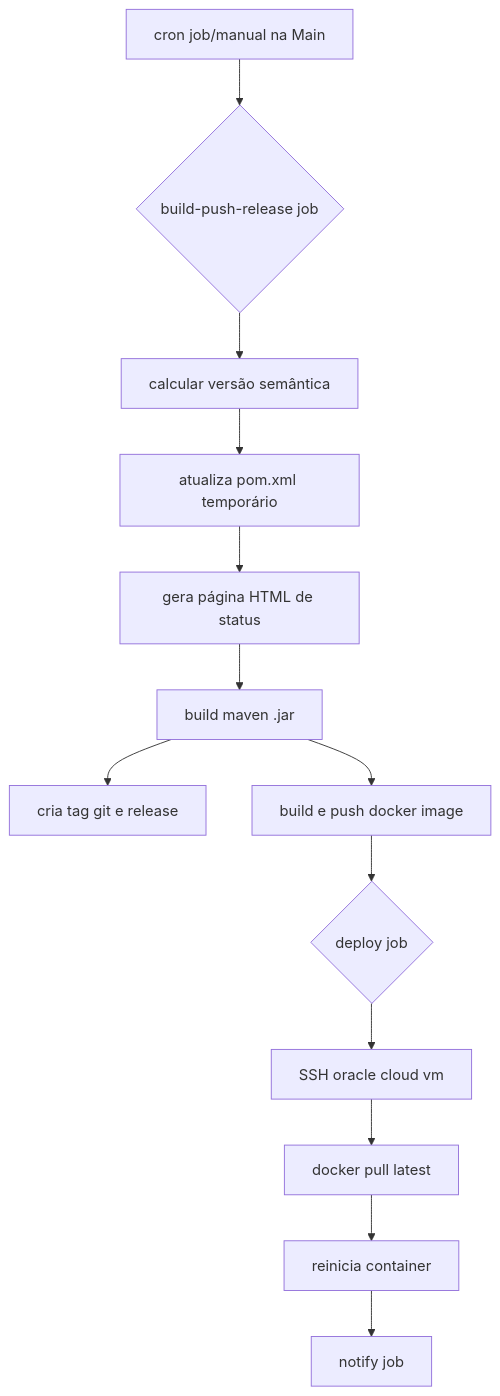
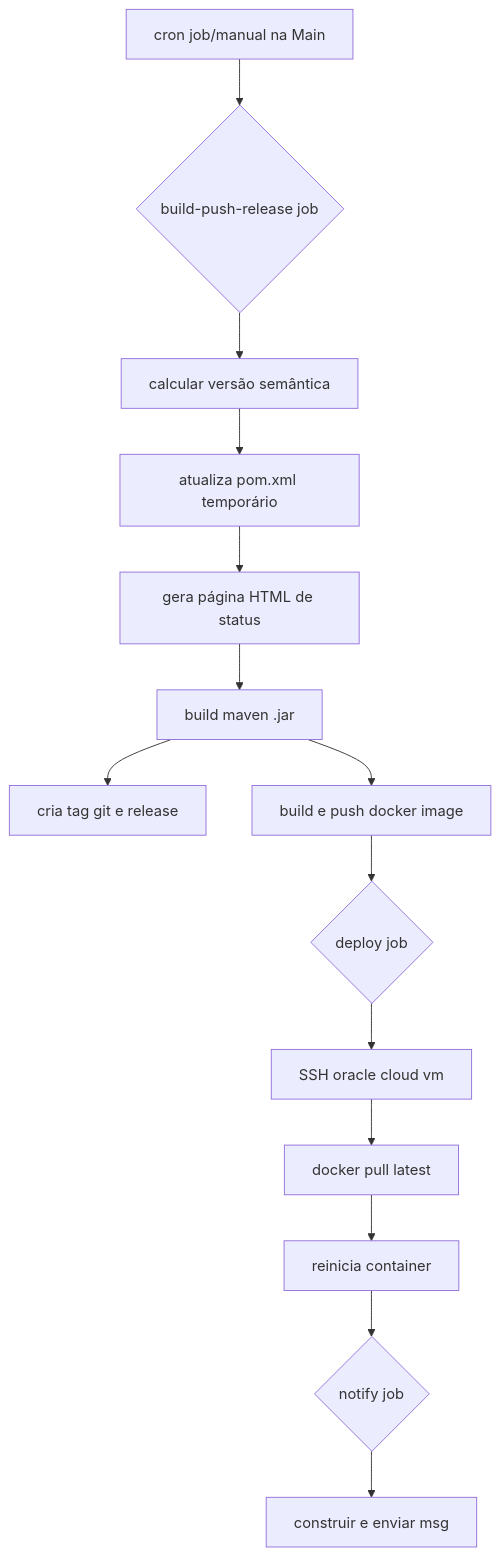
Before and after one commit to pedrovncs/artigoEventos: the diagram in README.md, drawn with Mermaid.

Commit message:
fix: fix grafico README.md

````diff
--- a/README.md
+++ b/README.md
@@ -56,17 +56,18 @@
 ```mermaid
 graph TD
     A[cron job/manual na Main] --> B{build-push-release job}
     B --> C[calcular versão semântica]
     C --> D[atualiza pom.xml temporário]
     D --> E[gera página HTML de status]
     E --> F[build maven .jar]
     F --> G[cria tag git e release]
     F --> H[build e push docker image]
-    
+
     H --> I{deploy job}
     I --> J[SSH oracle cloud vm]
     J --> K[docker pull latest]
     K --> L[reinicia container]
-    
-    L --> M[notify job]
+
+    L --> M{notify job}
+    M -->N[construir e enviar msg]
 ``` 
````
